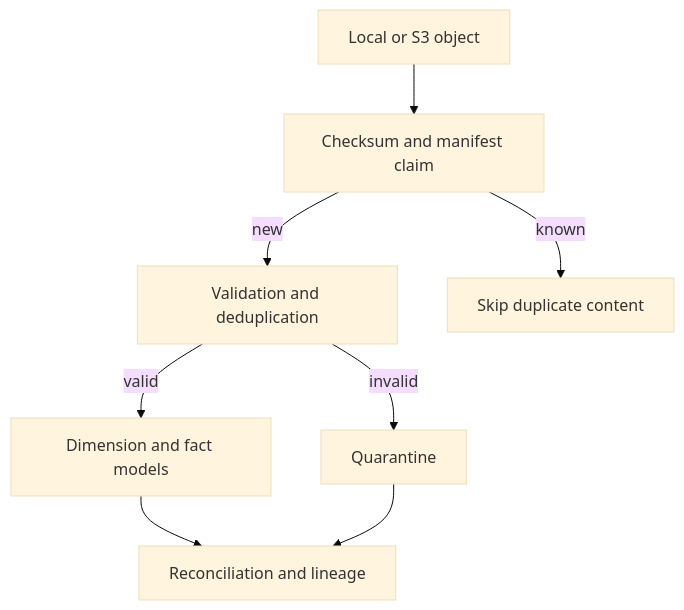
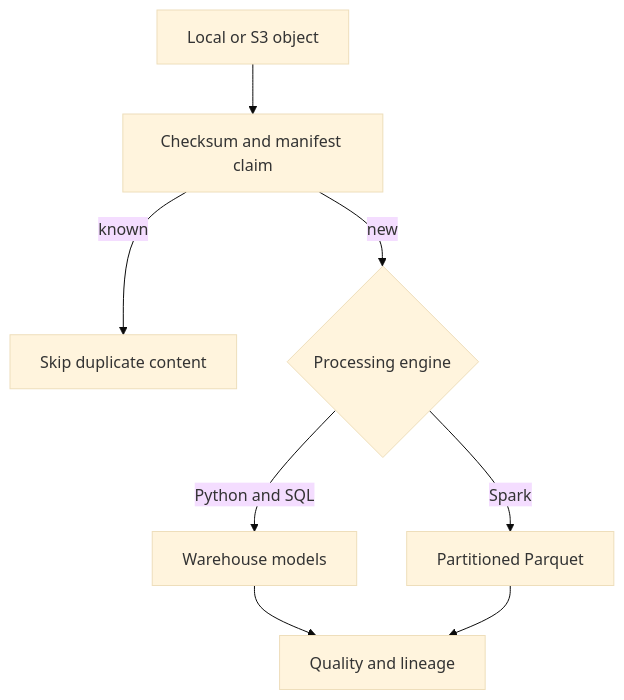
Before and after one commit to kdgmax/production-data-platform: the diagram in README.md, drawn with Mermaid (base theme). The commit also changed other lines of this file and 5 other files, not shown here.

First line of the commit message:
Add partitioned Spark processing and Parquet outputs (#5)

````diff
--- a/README.md
+++ b/README.md
@@ -36,10 +41,10 @@
 ```mermaid
 flowchart TD
     A["Local or S3 object"] --> B["Checksum and manifest claim"]
-    B -->|new| C["Validation and deduplication"]
-    B -->|known| D["Skip duplicate content"]
-    C -->|valid| E["Dimension and fact models"]
-    C -->|invalid| F["Quarantine"]
-    E --> G["Reconciliation and lineage"]
+    B -->|known| C["Skip duplicate content"]
+    B -->|new| D{"Processing engine"}
+    D -->|Python and SQL| E["Warehouse models"]
+    D -->|Spark| F["Partitioned Parquet"]
+    E --> G["Quality and lineage"]
     F --> G
 ```
````
